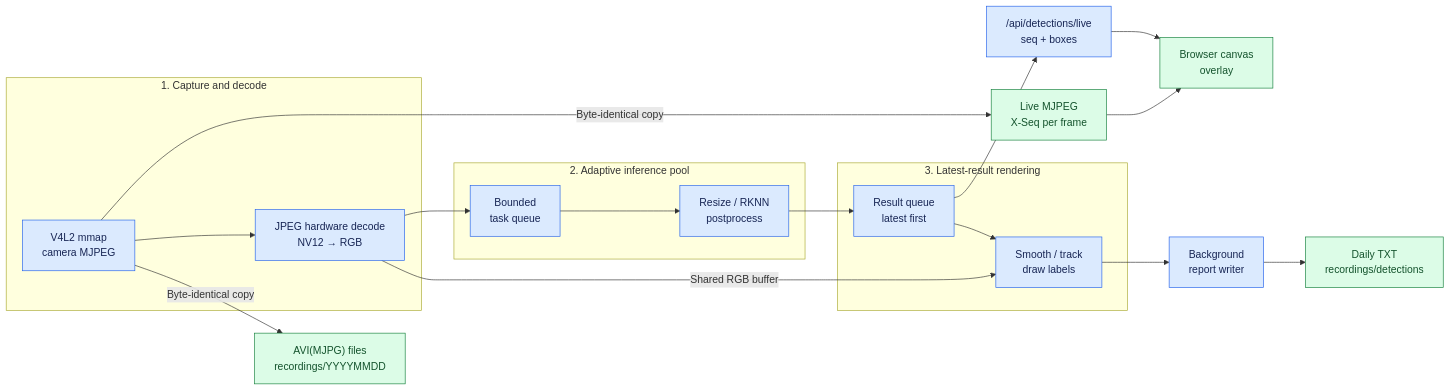
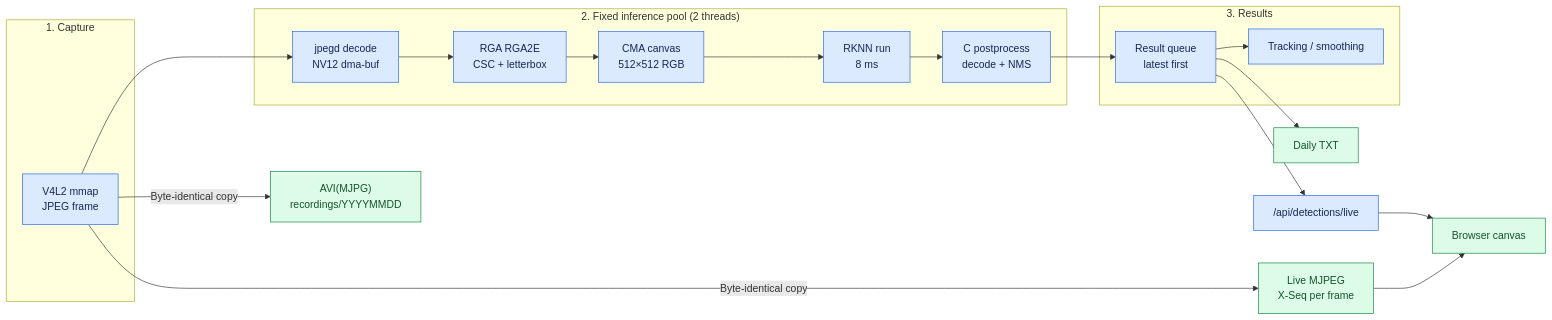
One commit to qianruo-orange/autonomous-driving-car changed the second of 3 diagrams in README.md. Above: the diagram before and after it, drawn with Mermaid. The commit also changed other lines of this file, not shown here.

First line of the commit message:
docs: rewrite the README for the current hardware-only pipeline

````diff
--- a/README.md
+++ b/README.md
@@ -42,26 +86,27 @@
 ```mermaid
 flowchart LR
-    subgraph Input["1. Capture and decode"]
-        Raw["V4L2 mmap<br/>camera MJPEG"] --> RGB["JPEG hardware decode<br/>NV12 → RGB"]
+    subgraph Capture["1. Capture"]
+        Raw["V4L2 mmap<br/>JPEG frame"]
     end
-    subgraph Inference["2. Adaptive inference pool"]
-        Jobs["Bounded<br/>task queue"] --> NPU["Resize / RKNN<br/>postprocess"]
+    subgraph Infer["2. Fixed inference pool (2 threads)"]
+        Nv12["jpegd decode<br/>NV12 dma-buf"] --> Rga["RGA RGA2E<br/>CSC + letterbox"]
+        Rga --> Canvas["CMA canvas<br/>512×512 RGB"]
+        Canvas --> Npu["RKNN run<br/>8 ms"]
+        Npu --> Post["C postprocess<br/>decode + NMS"]
     end
-    subgraph Render["3. Latest-result rendering"]
-        Latest["Result queue<br/>latest first"] --> Composer["Smooth / track<br/>draw labels"]
+    subgraph Render["3. Results"]
+        Latest["Result queue<br/>latest first"] --> Track["Tracking / smoothing"]
     end
-    RGB --> Jobs
-    NPU --> Latest
-    RGB -->|Shared RGB buffer| Composer
+    Raw --> Nv12
+    Post --> Latest
     Raw -->|Byte-identical copy| Live["Live MJPEG<br/>X-Seq per frame"]
-    Raw -->|Byte-identical copy| AVI["AVI(MJPG) files<br/>recordings/YYYYMMDD"]
-    Latest --> API["/api/detections/live<br/>seq + boxes"]
-    API --> Browser["Browser canvas<br/>overlay"]
+    Raw -->|Byte-identical copy| AVI["AVI(MJPG)<br/>recordings/YYYYMMDD"]
+    Latest --> Api["/api/detections/live"]
+    Api --> Browser["Browser canvas"]
     Live --> Browser
-    Composer --> Writer["Background<br/>report writer"]
-    Writer --> TXT["Daily TXT<br/>recordings/detections"]
+    Latest --> Reports["Daily TXT"]
     classDef process fill:#dbeafe,stroke:#2563eb,color:#172554
     classDef output fill:#dcfce7,stroke:#15803d,color:#14532d
-    class Raw,RGB,Jobs,NPU,Latest,Composer,API,Writer process
-    class Live,AVI,Browser,TXT output
+    class Raw,Nv12,Rga,Canvas,Npu,Post,Latest,Track,Api process
+    class Live,AVI,Browser,Reports output
 ```
````
